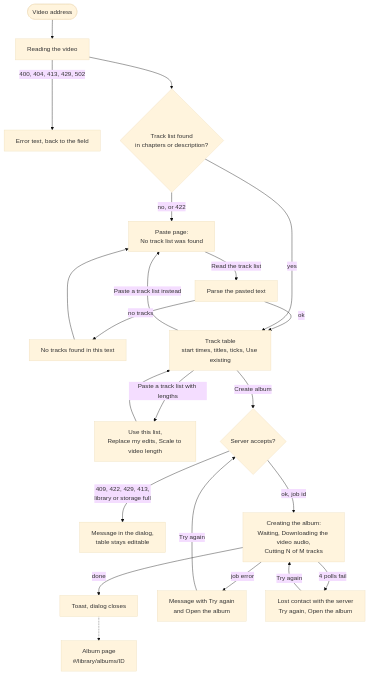
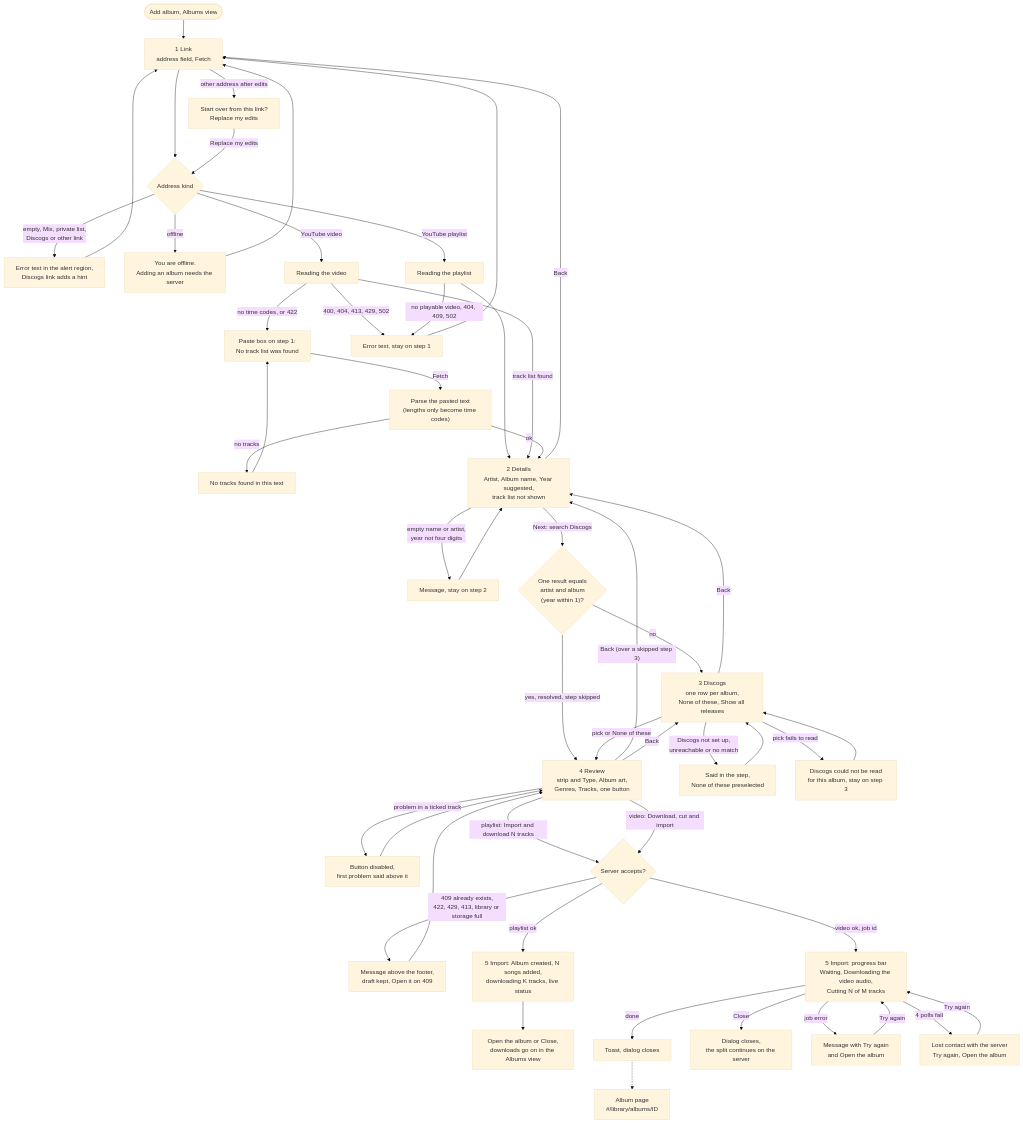
Before and after one commit to alexisayenko/project-audioplayer: diagram 11 of 13 in docs/ui-ux/screen-flow.md, drawn with Mermaid (base theme). The commit also changed other lines of this file and 6 other files, not shown here.

First line of the commit message:
docs: Add album wizard is the five-step flow

````diff
--- a/docs/ui-ux/screen-flow.md
+++ b/docs/ui-ux/screen-flow.md
@@ -362,24 +347,53 @@
 ```mermaid
 flowchart TD
-  V0(["Video address"]) --> V1["Reading the video"]
-  V1 -->|"400, 404, 413, 429, 502"| VErr["Error text, back to the field"]
-  V1 --> V2{"Track list found<br/>in chapters or description?"}
-  V2 -->|"no, or 422"| VPaste["Paste page:<br/>No track list was found"]
-  VPaste -->|"Read the track list"| VRead["Parse the pasted text"]
-  VRead -->|"no tracks"| VBad["No tracks found in this text"]
-  VBad --> VPaste
-  VRead -->|"ok"| VTable
-  V2 -->|"yes"| VTable["Track table<br/>start times, titles, ticks, Use existing"]
-  VTable -->|"Paste a track list with lengths"| VLen["Use this list,<br/>Replace my edits, Scale to video length"]
-  VLen --> VTable
-  VTable -->|"Paste a track list instead"| VPaste
-  VTable -->|"Create album"| VCreate{"Server accepts?"}
-  VCreate -->|"409, 422, 429, 413,<br/>library or storage full"| VCErr["Message in the dialog,<br/>table stays editable"]
-  VCreate -->|"ok, job id"| VProg["Creating the album:<br/>Waiting, Downloading the video audio,<br/>Cutting N of M tracks"]
-  VProg -->|"done"| VDone["Toast, dialog closes"]
-  VDone -.-> VPage["Album page<br/>#/library/albums/ID"]
-  VProg -->|"job error"| VJob["Message with Try again<br/>and Open the album"]
-  VProg -->|"4 polls fail"| VLost["Lost contact with the server<br/>Try again, Open the album"]
-  VJob -->|"Try again"| VCreate
-  VLost -->|"Try again"| VProg
+  AStart(["Add album, Albums view"]) --> S1["1 Link<br/>address field, Fetch"]
+  S1 --> AKind{"Address kind"}
+  AKind -->|"empty, Mix, private list,<br/>Discogs or other link"| AMsg["Error text in the alert region,<br/>Discogs link adds a hint"]
+  AMsg --> S1
+  AKind -->|"offline"| AOff["You are offline.<br/>Adding an album needs the server"]
+  AOff --> S1
+  AKind -->|"YouTube playlist"| APl["Reading the playlist"]
+  AKind -->|"YouTube video"| AVid["Reading the video"]
+  AVid -->|"no time codes, or 422"| APaste["Paste box on step 1:<br/>No track list was found"]
+  APaste -->|"Fetch"| ARead["Parse the pasted text<br/>(lengths only become time codes)"]
+  ARead -->|"no tracks"| ABad["No tracks found in this text"]
+  ABad --> APaste
+  AVid -->|"400, 404, 413, 429, 502"| AErr["Error text, stay on step 1"]
+  APl -->|"no playable video, 404, 409, 502"| AErr
+  AErr --> S1
+  APl --> S2
+  AVid -->|"track list found"| S2
+  ARead -->|"ok"| S2["2 Details<br/>Artist, Album name, Year suggested,<br/>track list not shown"]
+  S2 -->|"Back"| S1
+  S2 -->|"empty name or artist,<br/>year not four digits"| AFieldErr["Message, stay on step 2"]
+  AFieldErr --> S2
+  S2 -->|"Next: search Discogs"| ASure{"One result equals<br/>artist and album<br/>(year within 1)?"}
+  ASure -->|"no"| S3["3 Discogs<br/>one row per album,<br/>None of these, Show all releases"]
+  ASure -->|"yes, resolved, step skipped"| S4
+  S3 -->|"Back"| S2
+  S3 -->|"Discogs not set up,<br/>unreachable or no match"| ANoD["Said in the step,<br/>None of these preselected"]
+  ANoD --> S3
+  S3 -->|"pick fails to read"| ARes["Discogs could not be read<br/>for this album, stay on step 3"]
+  ARes --> S3
+  S3 -->|"pick or None of these"| S4["4 Review<br/>strip and Type, Album art,<br/>Genres, Tracks, one button"]
+  S4 -->|"Back (over a skipped step 3)"| S2
+  S4 -->|"Back"| S3
+  S1 -->|"other address after edits"| ARestart["Start over from this link?<br/>Replace my edits"]
+  ARestart -->|"Replace my edits"| AKind
+  S4 -->|"problem in a ticked track"| AProb["Button disabled,<br/>first problem said above it"]
+  AProb --> S4
+  S4 -->|"playlist: Import and download N tracks"| ACommit{"Server accepts?"}
+  S4 -->|"video: Download, cut and import"| ACommit
+  ACommit -->|"409 already exists,<br/>422, 429, 413, library or storage full"| ACErr["Message above the footer,<br/>draft kept, Open it on 409"]
+  ACErr --> S4
+  ACommit -->|"playlist ok"| S5P["5 Import: Album created, N songs added,<br/>downloading K tracks, live status"]
+  S5P --> APlDone["Open the album or Close,<br/>downloads go on in the Albums view"]
+  ACommit -->|"video ok, job id"| S5V["5 Import: progress bar<br/>Waiting, Downloading the video audio,<br/>Cutting N of M tracks"]
+  S5V -->|"done"| AVDone["Toast, dialog closes"]
+  AVDone -.-> APage["Album page<br/>#/library/albums/ID"]
+  S5V -->|"Close"| AVClose["Dialog closes,<br/>the split continues on the server"]
+  S5V -->|"job error"| AJob["Message with Try again<br/>and Open the album"]
+  S5V -->|"4 polls fail"| ALost["Lost contact with the server<br/>Try again, Open the album"]
+  AJob -->|"Try again"| S5V
+  ALost -->|"Try again"| S5V
 ```
````
